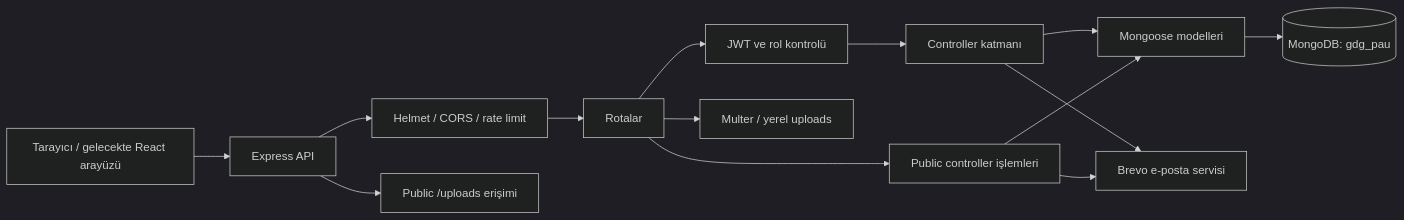
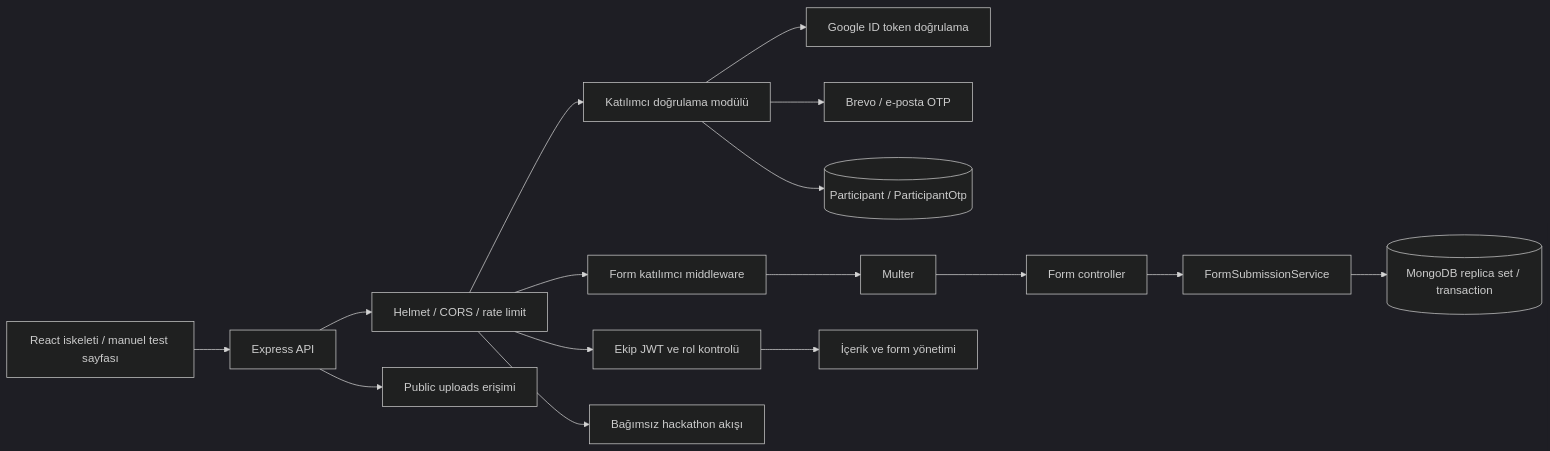
The diagram in documents/architecture.md (GDGonCampusPAU/GDG-On-Campus-Web), drawn with Mermaid (dark theme) before and after one commit. The commit also changed other lines of this file and 11 other files, not shown here.

Commit message:
docs: update architecture API and participant verification guides

````diff
--- a/documents/architecture.md
+++ b/documents/architecture.md
@@ -9,16 +9,18 @@
 ```mermaid
 flowchart LR
-    Browser[Tarayıcı / gelecekte React arayüzü] --> Express[Express API]
-    Express --> Security[Helmet / CORS / rate limit]
-    Security --> Routes[Rotalar]
-    Routes --> Auth[JWT ve rol kontrolü]
-    Auth --> Controllers[Controller katmanı]
-    Routes --> Public[Public controller işlemleri]
-    Controllers --> Models[Mongoose modelleri]
-    Public --> Models
-    Models --> DB[(MongoDB: gdg_pau)]
-    Controllers --> Email[Brevo e-posta servisi]
-    Public --> Email
-    Routes --> Upload[Multer / yerel uploads]
-    Express --> Static[Public /uploads erişimi]
+    Browser[React iskeleti / manuel test sayfası] --> API[Express API]
+    API --> Security[Helmet / CORS / rate limit]
+    Security --> Team[Ekip JWT ve rol kontrolü]
+    Security --> Verify[Katılımcı doğrulama modülü]
+    Verify --> Google[Google ID token doğrulama]
+    Verify --> Email[Brevo / e-posta OTP]
+    Verify --> Identity[(Participant / ParticipantOtp)]
+    Security --> FormGate[Form katılımcı middleware]
+    FormGate --> Upload[Multer]
+    Upload --> Controller[Form controller]
+    Controller --> Submit[FormSubmissionService]
+    Submit --> Transaction[(MongoDB replica set / transaction)]
+    Team --> CMS[İçerik ve form yönetimi]
+    Security --> Hackathon[Bağımsız hackathon akışı]
+    API --> Static[Public uploads erişimi]
 ```
````
